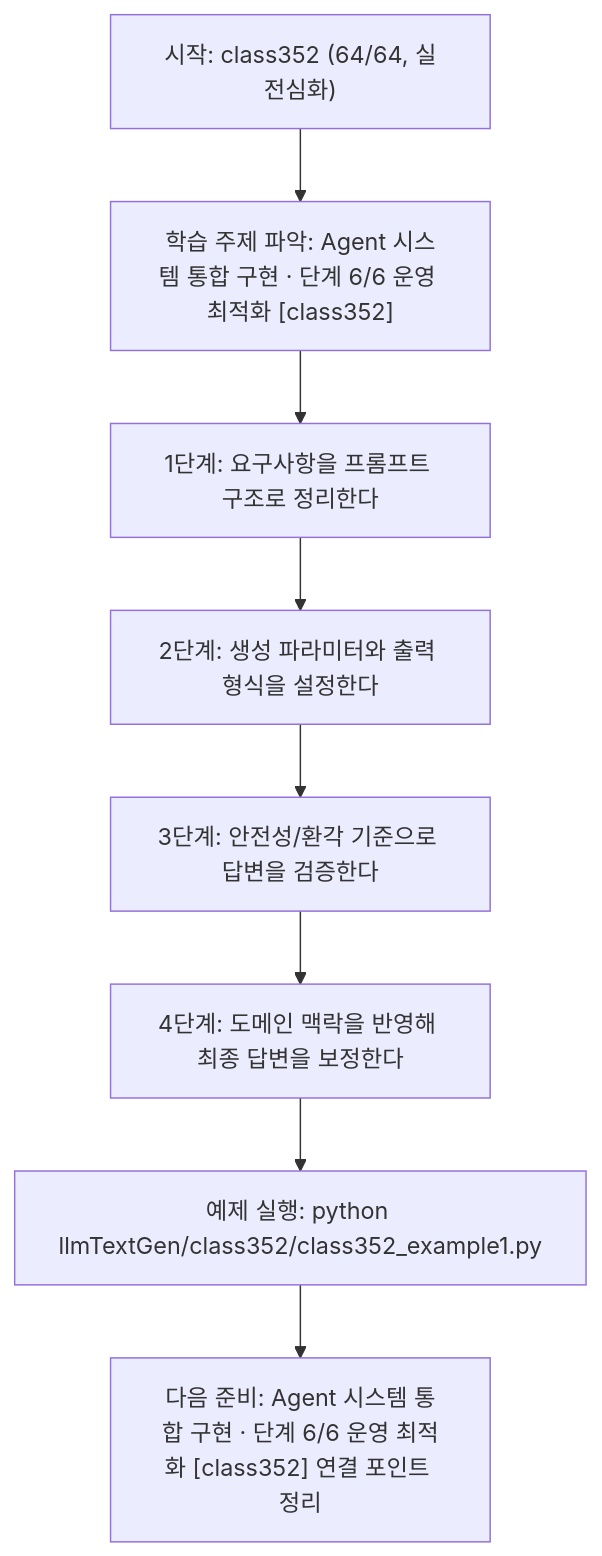
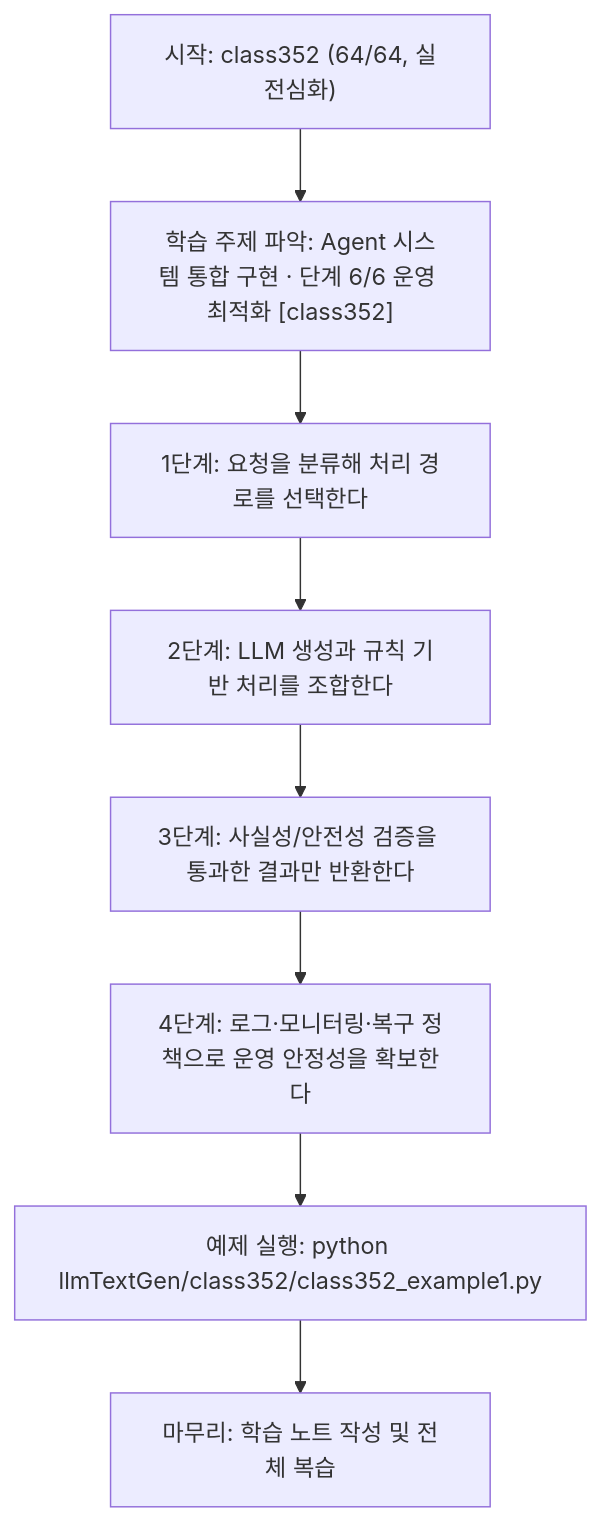
The diagram in llmTextGen/class352/class352.md (edumgt/Python-AI_Agent-Class), drawn with Mermaid before and after one commit. The commit also changed other lines of this file and 451 other files, not shown here.

````diff
--- a/llmTextGen/class352/class352.md
+++ b/llmTextGen/class352/class352.md
@@ -115,18 +95,18 @@
 ```mermaid
 flowchart TD
 N1["시작: class352 (64/64, 실전심화)"]
 N2["학습 주제 파악: Agent 시스템 통합 구현 · 단계 6/6 운영 최적화 [class352]"]
-N3["1단계: 요구사항을 프롬프트 구조로 정리한다"]
-N4["2단계: 생성 파라미터와 출력 형식을 설정한다"]
-N5["3단계: 안전성/환각 기준으로 답변을 검증한다"]
-N6["4단계: 도메인 맥락을 반영해 최종 답변을 보정한다"]
+N3["1단계: 요청을 분류해 처리 경로를 선택한다"]
+N4["2단계: LLM 생성과 규칙 기반 처리를 조합한다"]
+N5["3단계: 사실성/안전성 검증을 통과한 결과만 반환한다"]
+N6["4단계: 로그·모니터링·복구 정책으로 운영 안정성을 확보한다"]
 N7["예제 실행: python llmTextGen/class352/class352_example1.py"]
-N8["다음 준비: Agent 시스템 통합 구현 · 단계 6/6 운영 최적화 [class352] 연결 포인트 정리"]
+N8["마무리: 학습 노트 작성 및 전체 복습"]
 N1 --> N2
 N2 --> N3
 N3 --> N4
 N4 --> N5
 N5 --> N6
 N6 --> N7
 N7 --> N8
 ```
````
